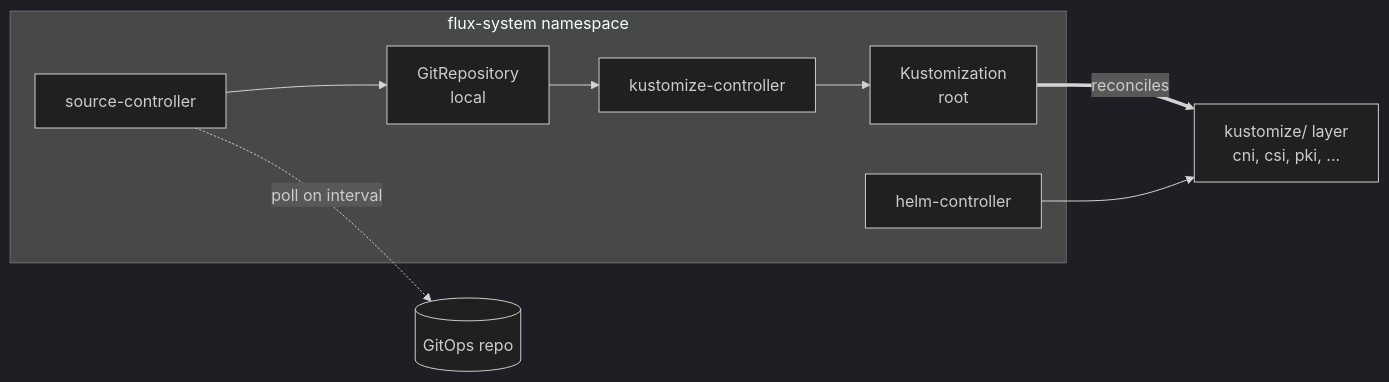
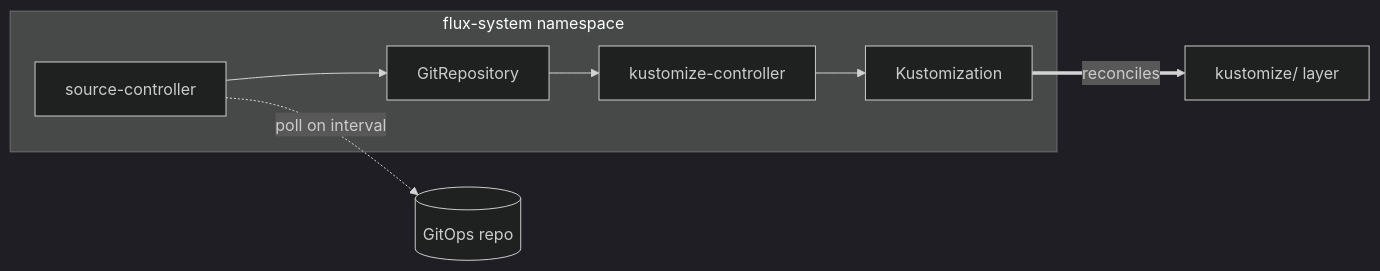
Before and after one commit to windsorcli/core: the second of 2 diagrams in terraform/gitops/README.md, drawn with Mermaid (dark theme). The commit also changed other lines of this file and 3 other files, not shown here.

Commit message:
chore(docs): update flowcharts in README files for CNI, Compute, DNS, and GitOps categories to enhance clarity and consistency

````diff
--- a/terraform/gitops/README.md
+++ b/terraform/gitops/README.md
@@ -70,21 +64,19 @@
 ```mermaid
 flowchart LR
   repo[(GitOps repo)]
 
   subgraph fluxsys[flux-system namespace]
-    sc[source-controller]
-    kc[kustomize-controller]
-    hc[helm-controller]
-    gr[GitRepository<br/>local]
-    ks[Kustomization<br/>root]
+    src[source-controller]
+    kus[kustomize-controller]
+    gr[GitRepository]
+    ks[Kustomization]
   end
 
-  layer[kustomize/ layer<br/>cni, csi, pki, ...]
+  layer[kustomize/ layer]
 
-  sc -.poll on interval.-> repo
-  sc --> gr
-  gr --> kc
-  kc --> ks
+  src -.poll on interval.-> repo
+  src --> gr
+  gr --> kus
+  kus --> ks
   ks ==reconciles==> layer
-  hc --> layer
 ```
````
